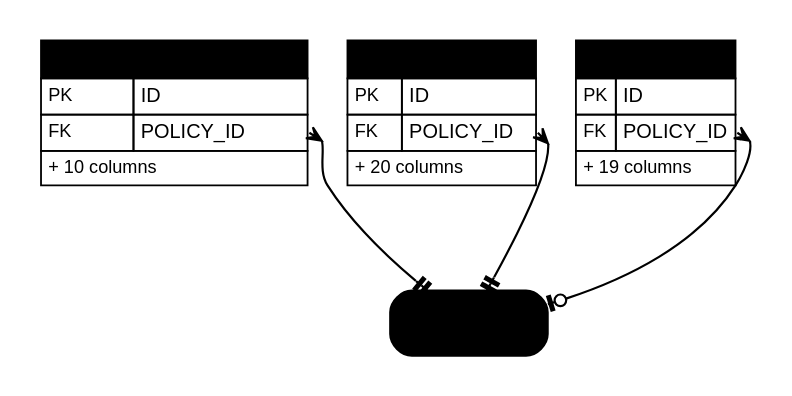
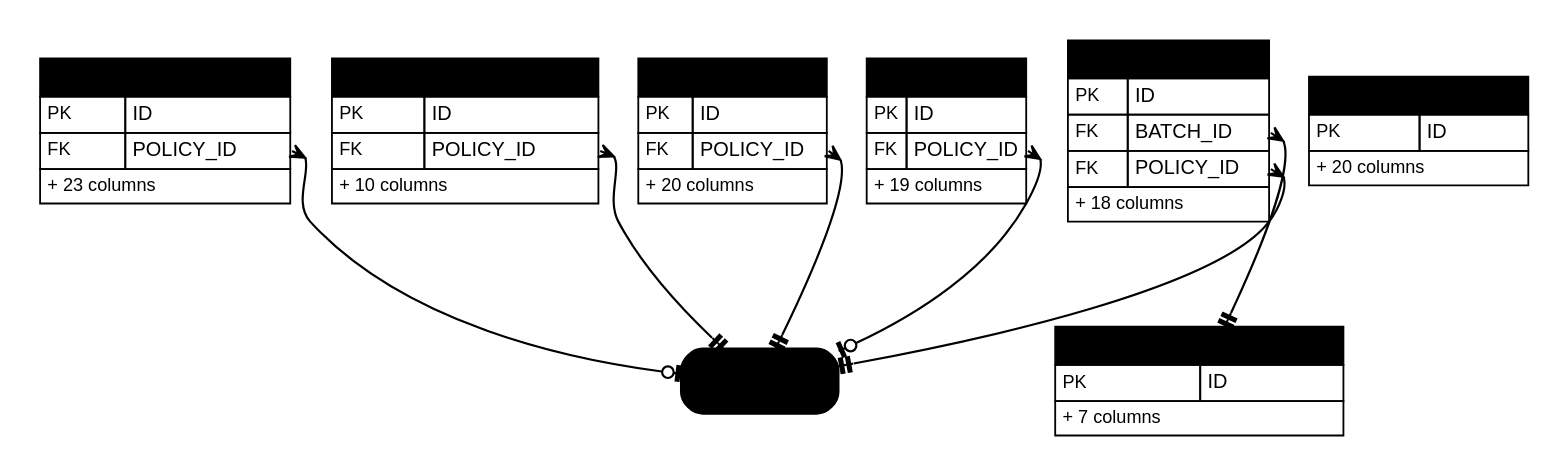
The diagram in docs/deliverables/src/programme/security_data/figures/erd/d16_submitted_3.dot (IortaTexhNXT-DEV/FinVerse), drawn with Graphviz before and after one commit. The commit also changed 58 other files, not shown here.

```diff
--- a/docs/deliverables/src/programme/security_data/figures/erd/d16_submitted_3.dot
+++ b/docs/deliverables/src/programme/security_data/figures/erd/d16_submitted_3.dot
@@ -1,12 +1,19 @@
 digraph erd {
   graph [rankdir=TB, fontname="Arial", nodesep=0.3, ranksep=0.8, pad=0.2, bgcolor="white"];
   node [shape=plain, fontname="Arial"];
   edge [color="@CTA_BLUE", arrowsize=0.8, penwidth=1.2, dir=both];
+  "sbm_handling_fee" [label=<<table border="0" cellborder="1" cellspacing="0" cellpadding="3" color="@BORDER"><tr><td bgcolor="@HEADER_BLUE" align="left" colspan="2"><font color="@WHITE" point-size="12"><b>SBM_HANDLING_FEE</b></font></td></tr><tr><td align="left"><font point-size="10" color="@MUTED">PK</font></td><td align="left" port="id"><font point-size="11">ID</font></td></tr><tr><td align="left"><font point-size="10" color="@MUTED">FK</font></td><td align="left" port="policy_id"><font point-size="11">POLICY_ID</font></td></tr><tr><td colspan="2" align="left"><font point-size="10" color="@MUTED">+ 23 columns</font></td></tr></table>>];
+  "sbm_intake_run" [label=<<table border="0" cellborder="1" cellspacing="0" cellpadding="3" color="@BORDER"><tr><td bgcolor="@HEADER_BLUE" align="left" colspan="2"><font color="@WHITE" point-size="12"><b>SBM_INTAKE_RUN</b></font></td></tr><tr><td align="left"><font point-size="10" color="@MUTED">PK</font></td><td align="left" port="id"><font point-size="11">ID</font></td></tr><tr><td colspan="2" align="left"><font point-size="10" color="@MUTED">+ 20 columns</font></td></tr></table>>];
   "sbm_policy_history" [label=<<table border="0" cellborder="1" cellspacing="0" cellpadding="3" color="@BORDER"><tr><td bgcolor="@HEADER_BLUE" align="left" colspan="2"><font color="@WHITE" point-size="12"><b>SBM_POLICY_HISTORY</b></font></td></tr><tr><td align="left"><font point-size="10" color="@MUTED">PK</font></td><td align="left" port="id"><font point-size="11">ID</font></td></tr><tr><td align="left"><font point-size="10" color="@MUTED">FK</font></td><td align="left" port="policy_id"><font point-size="11">POLICY_ID</font></td></tr><tr><td colspan="2" align="left"><font point-size="10" color="@MUTED">+ 10 columns</font></td></tr></table>>];
+  "sbm_proposal" [label=<<table border="0" cellborder="1" cellspacing="0" cellpadding="3" color="@BORDER"><tr><td bgcolor="@HEADER_BLUE" align="left" colspan="2"><font color="@WHITE" point-size="12"><b>SBM_PROPOSAL</b></font></td></tr><tr><td align="left"><font point-size="10" color="@MUTED">PK</font></td><td align="left" port="id"><font point-size="11">ID</font></td></tr><tr><td align="left"><font point-size="10" color="@MUTED">FK</font></td><td align="left" port="batch_id"><font point-size="11">BATCH_ID</font></td></tr><tr><td align="left"><font point-size="10" color="@MUTED">FK</font></td><td align="left" port="policy_id"><font point-size="11">POLICY_ID</font></td></tr><tr><td colspan="2" align="left"><font point-size="10" color="@MUTED">+ 18 columns</font></td></tr></table>>];
+  "sbm_proposal_batch" [label=<<table border="0" cellborder="1" cellspacing="0" cellpadding="3" color="@BORDER"><tr><td bgcolor="@HEADER_BLUE" align="left" colspan="2"><font color="@WHITE" point-size="12"><b>SBM_PROPOSAL_BATCH</b></font></td></tr><tr><td align="left"><font point-size="10" color="@MUTED">PK</font></td><td align="left" port="id"><font point-size="11">ID</font></td></tr><tr><td colspan="2" align="left"><font point-size="10" color="@MUTED">+ 7 columns</font></td></tr></table>>];
   "sbm_renewal" [label=<<table border="0" cellborder="1" cellspacing="0" cellpadding="3" color="@BORDER"><tr><td bgcolor="@HEADER_BLUE" align="left" colspan="2"><font color="@WHITE" point-size="12"><b>SBM_RENEWAL</b></font></td></tr><tr><td align="left"><font point-size="10" color="@MUTED">PK</font></td><td align="left" port="id"><font point-size="11">ID</font></td></tr><tr><td align="left"><font point-size="10" color="@MUTED">FK</font></td><td align="left" port="policy_id"><font point-size="11">POLICY_ID</font></td></tr><tr><td colspan="2" align="left"><font point-size="10" color="@MUTED">+ 20 columns</font></td></tr></table>>];
   "sbm_tor" [label=<<table border="0" cellborder="1" cellspacing="0" cellpadding="3" color="@BORDER"><tr><td bgcolor="@HEADER_BLUE" align="left" colspan="2"><font color="@WHITE" point-size="12"><b>SBM_TOR</b></font></td></tr><tr><td align="left"><font point-size="10" color="@MUTED">PK</font></td><td align="left" port="id"><font point-size="11">ID</font></td></tr><tr><td align="left"><font point-size="10" color="@MUTED">FK</font></td><td align="left" port="policy_id"><font point-size="11">POLICY_ID</font></td></tr><tr><td colspan="2" align="left"><font point-size="10" color="@MUTED">+ 19 columns</font></td></tr></table>>];
   "sbm_policy" [shape=box, style="rounded,filled", fillcolor="@DIRTY_WHITE", color="@MUTED", fontsize=11, label=<<font color="@MUTED">SBM_POLICY<br/><font point-size="9">SUBMITTED</font></font>>];
+  "sbm_handling_fee":"policy_id" -> "sbm_policy" [arrowtail=crow, arrowhead=teeodot];
   "sbm_policy_history":"policy_id" -> "sbm_policy" [arrowtail=crow, arrowhead=teetee];
+  "sbm_proposal":"batch_id" -> "sbm_proposal_batch" [arrowtail=crow, arrowhead=teetee];
+  "sbm_proposal":"policy_id" -> "sbm_policy" [arrowtail=crow, arrowhead=teetee];
   "sbm_renewal":"policy_id" -> "sbm_policy" [arrowtail=crow, arrowhead=teetee];
   "sbm_tor":"policy_id" -> "sbm_policy" [arrowtail=crow, arrowhead=teeodot];
 }
```
